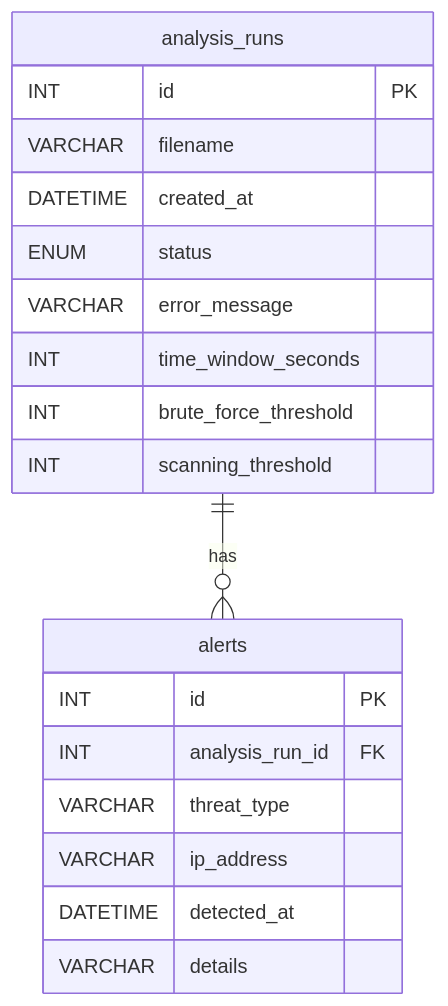
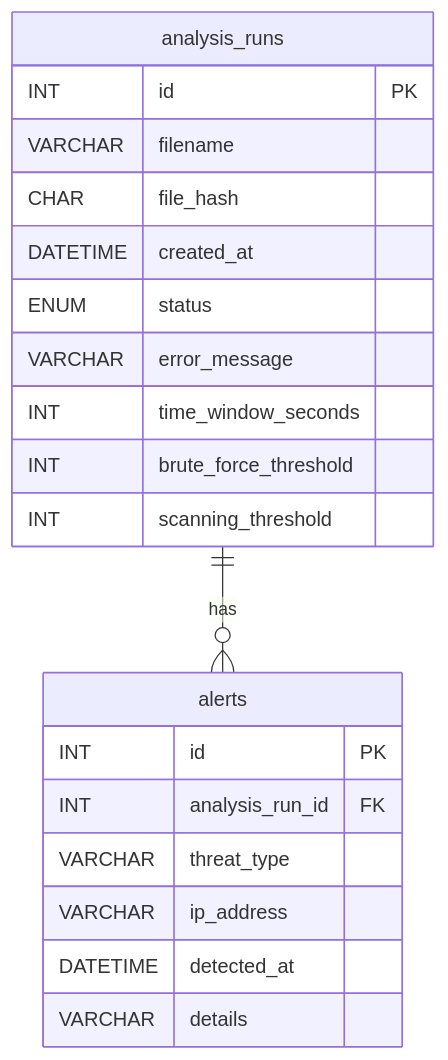
One commit to naamaovd-code/log-threat-analyzer changed the third of 3 diagrams in docs/DESIGN.md. Above: the diagram before and after it, drawn with Mermaid. The commit also changed other lines of this file, not shown here.

Commit message:
Design: record review decisions (cooldown, UTC, content hash for duplicate uploads)

````diff
--- a/docs/DESIGN.md
+++ b/docs/DESIGN.md
@@ -118,22 +126,23 @@
 ```mermaid
 erDiagram
     analysis_runs ||--o{ alerts : "has"
     analysis_runs {
         INT id PK
         VARCHAR filename
+        CHAR file_hash
         DATETIME created_at
         ENUM status
         VARCHAR error_message
         INT time_window_seconds
         INT brute_force_threshold
         INT scanning_threshold
     }
     alerts {
         INT id PK
         INT analysis_run_id FK
         VARCHAR threat_type
         VARCHAR ip_address
         DATETIME detected_at
         VARCHAR details
     }
 ```
````
